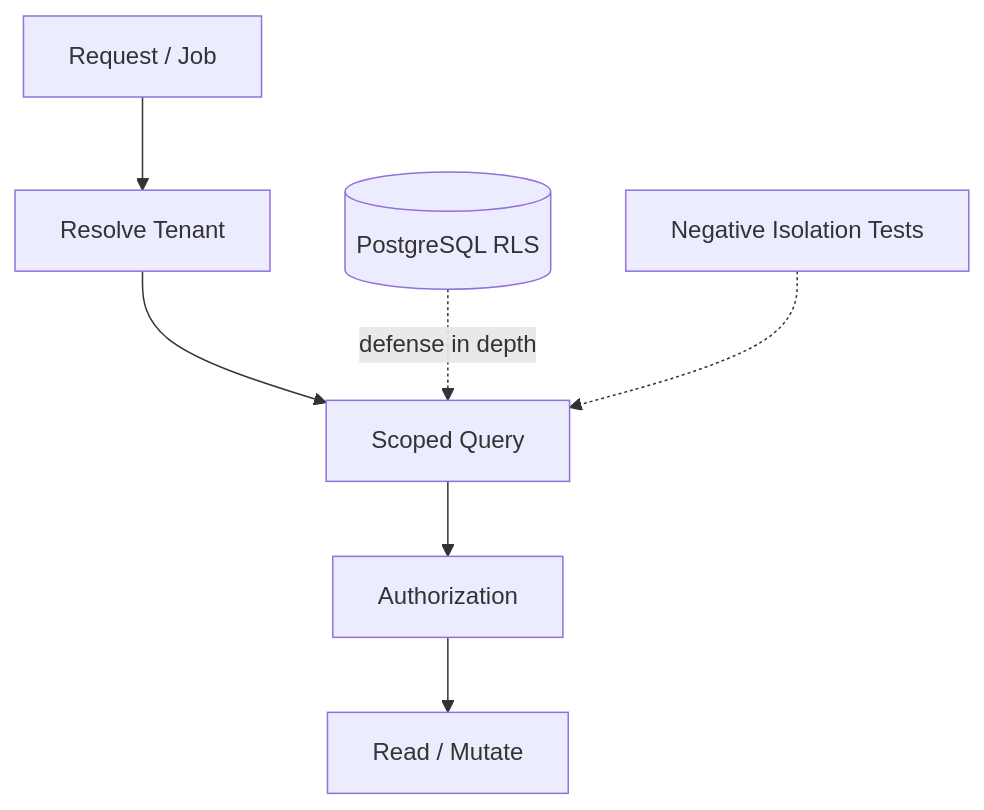
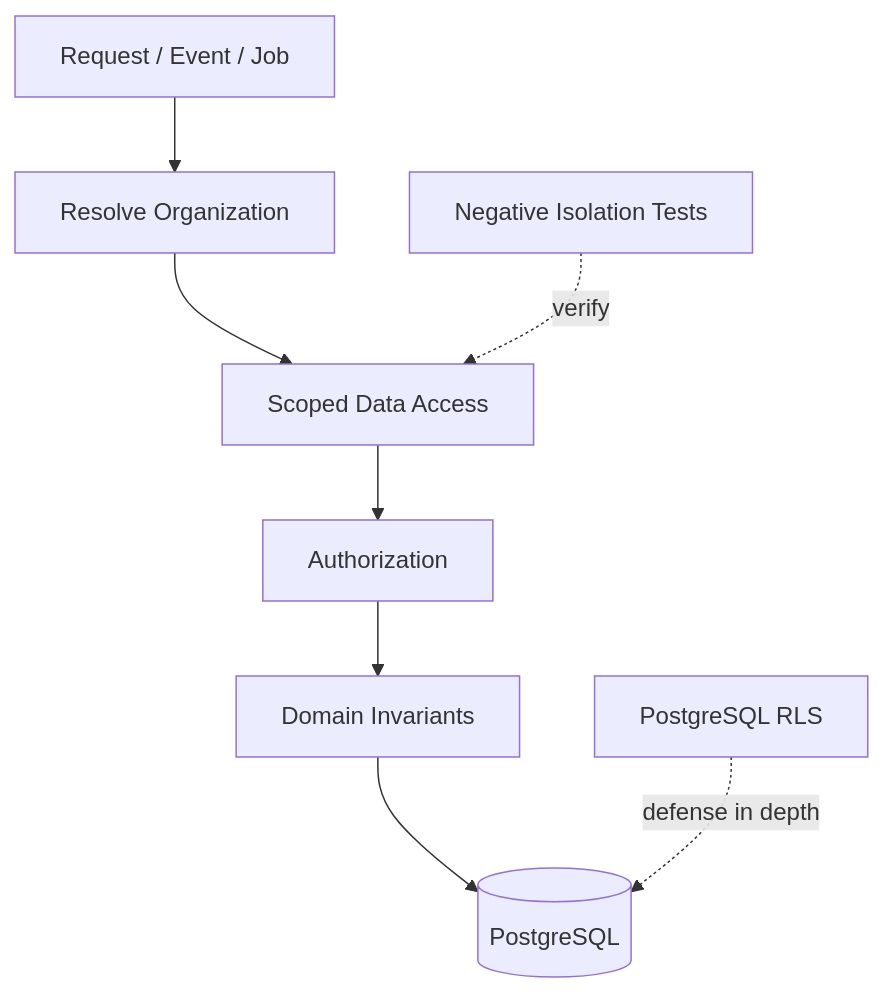
Before and after one commit to D-engahmed/OMILINKS: the first of 2 diagrams in docs/security/tenant-isolation.md, drawn with Mermaid. The commit also changed other lines of this file and 2 other files, not shown here.

Commit message:
docs: deepen tenant isolation secrets and incident response

````diff
--- a/docs/security/tenant-isolation.md
+++ b/docs/security/tenant-isolation.md
@@ -13,9 +31,10 @@
-```mermaid
+~~~mermaid
 flowchart TB
-REQ[Request / Job] --> TEN[Resolve Tenant]
-TEN --> Q[Scoped Query]
-Q --> AUTH[Authorization]
-AUTH --> ACT[Read / Mutate]
-RLS[(PostgreSQL RLS)] -. defense in depth .-> Q
-NEG[Negative Isolation Tests] -.-> Q
-```
+REQ[Request / Event / Job] --> TENANT[Resolve Organization]
+TENANT --> QUERY[Scoped Data Access]
+QUERY --> AUTHZ[Authorization]
+AUTHZ --> DOMAIN[Domain Invariants]
+DOMAIN --> DB[(PostgreSQL)]
+RLS[PostgreSQL RLS] -. defense in depth .-> DB
+TEST[Negative Isolation Tests] -. verify .-> QUERY
+~~~
````
